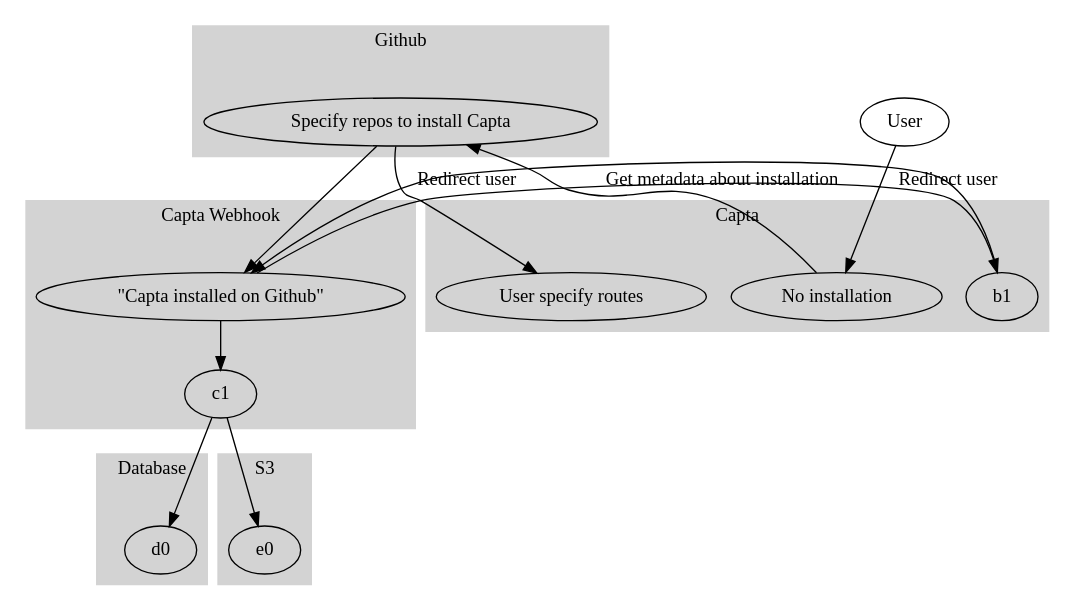
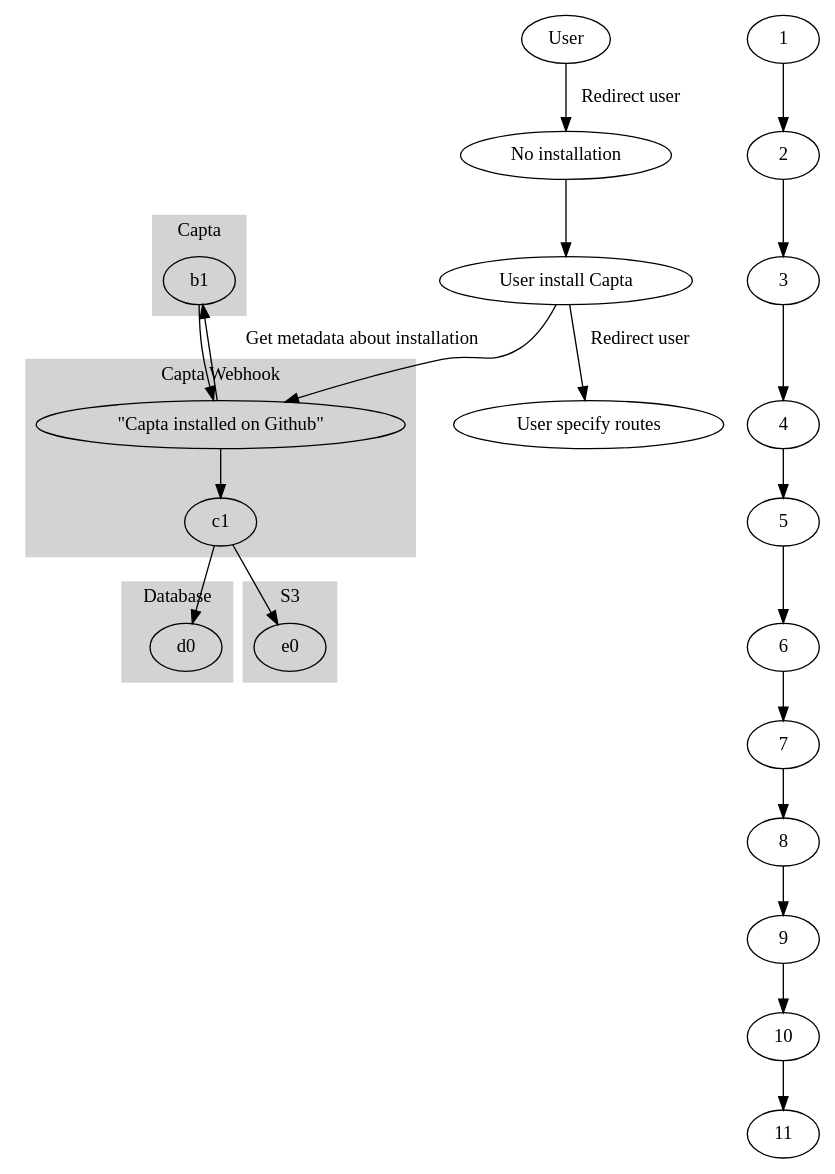
Before and after one commit to rickyyean/blog1: the diagram in github_integration.gv, drawn with Graphviz.

```diff
--- a/github_integration.gv
+++ b/github_integration.gv
@@ -1,53 +1,57 @@
 digraph G {
   subgraph cluster_github {
     label = "Github";
     style=filled; color=lightgrey;
 
     a0;
   }
   subgraph cluster_capta {
     label = "Capta";
     color=lightgrey; style=filled;
     
     b0; b1; b2;
   }
   subgraph cluster_capta_webhook {
     label = "Capta Webhook";
     color=lightgrey; style=filled;
 
     c0; c1;
   }
   subgraph cluster_db {
     label = "Database";
     color=lightgrey; style=filled;
     
     d0;
   }
   subgraph cluster_s3 {
     label="S3";
     color=lightgrey; style=filled;
     
     e0;
   }
 
-  { User; rank=source; }
+  1 -> 2 -> 3 -> 4 -> 5 -> 6 -> 7 -> 8 -> 9 -> 10 -> 11;
+  { rank=same; 1; User;}
+  { rank=same; 2; b0;}
+  { rank=same; 3; a0;}
+  { rank=same; 4; b2;}
   
   User -> b0 [label="Redirect user"];
   b0 [label="No installation"];
 
   b0 -> a0;
-  a0 [label="Specify repos to install Capta"];
+  a0 [label="User install Capta"];
   
   a0 -> b2 [label="Redirect user"];
   b2 [label="User specify routes"]; /* Clarify */
   
   a0 -> c0; /* Update DB. Sync Repo to S3 */
   c0 [label="\"Capta installed on Github\""];
   
   c0 -> b1 [label="Get metadata about installation"];
   b1 -> c0;
   c0 -> c1;
   
   c1 -> d0;
   c1 -> e0;
 }
```
